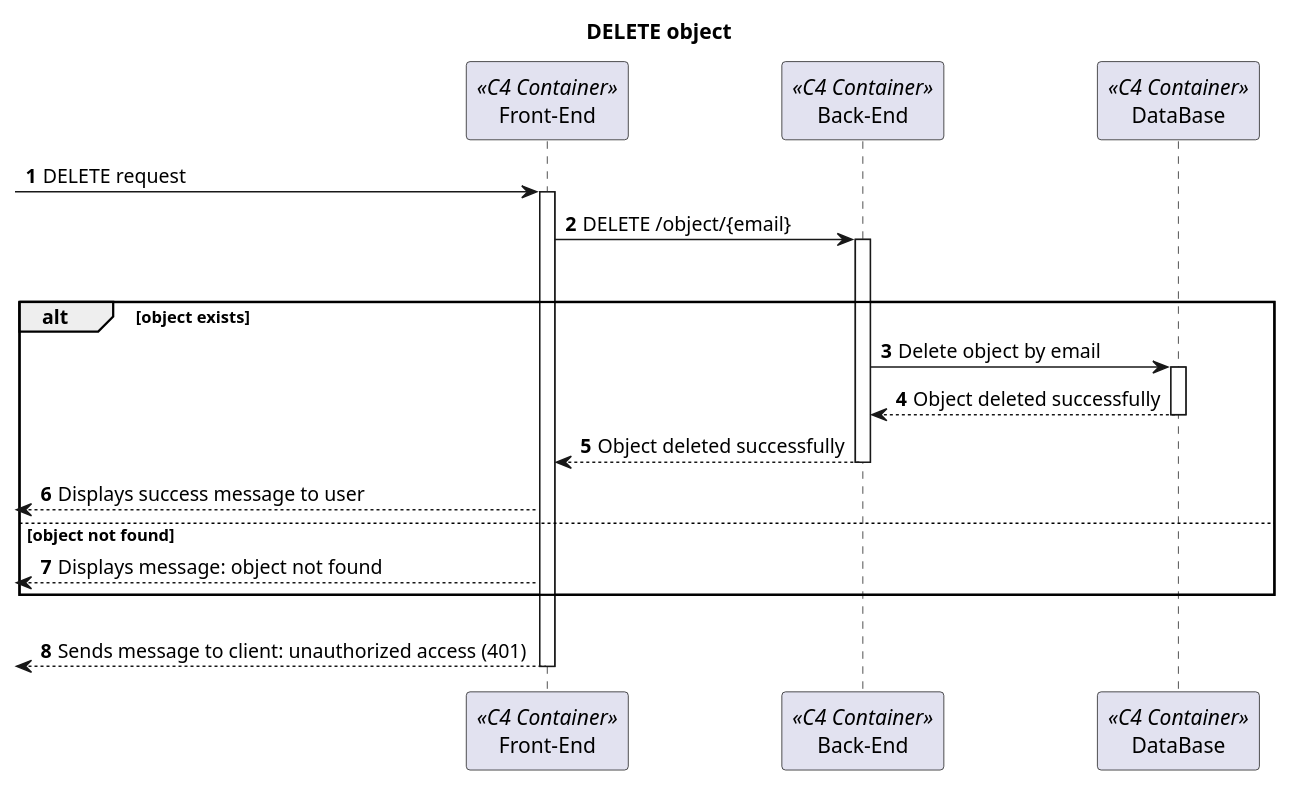
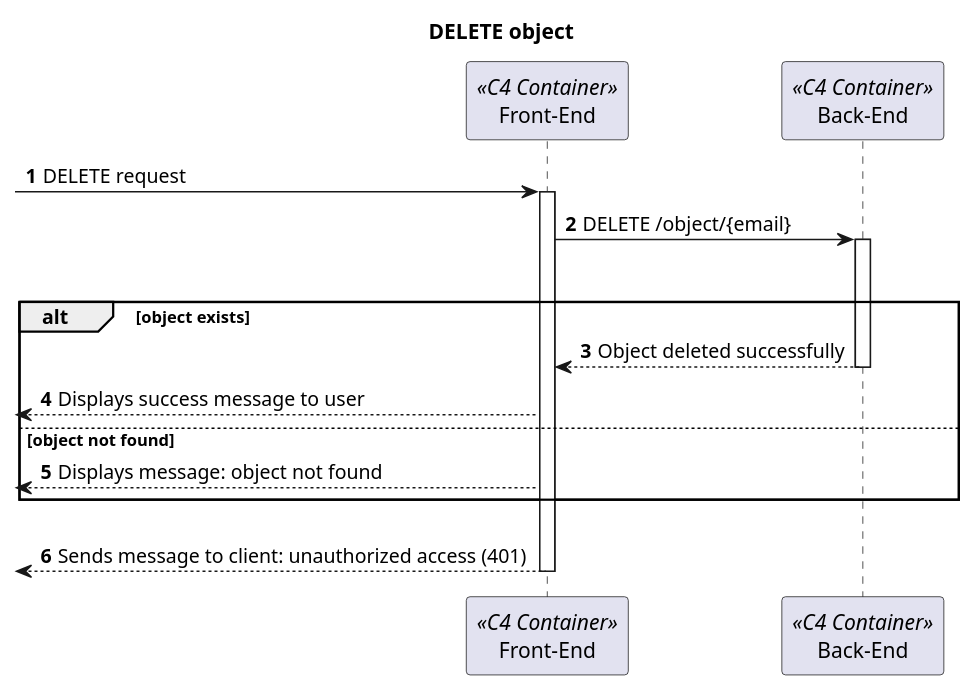
Before and after one commit to AlexandreRibeiro1220647/LAPR5_Backend: the diagram in docs/generic/lvl 2/genericDELETE.puml, drawn with PlantUML. The commit also changed 3 other files, not shown here.

Commit message:
Updated level 2 generic diagrams

```diff
--- a/docs/generic/lvl 2/genericDELETE.puml
+++ b/docs/generic/lvl 2/genericDELETE.puml
@@ -1,40 +1,33 @@
 @startuml Process View - Level 2
 
 autonumber
 skinparam packageStyle rect
 
 title DELETE object
 
 participant "Front-End" as FE <<C4 Container>>
 participant "Back-End" as BE <<C4 Container>>
-participant "DataBase" as DB <<C4 Container>>
 
 -> FE: DELETE request
 activate FE
 FE -> BE: DELETE /object/{email}
 activate BE
 alt user authorized
 
     alt object exists
-
-        BE -> DB: Delete object by email
-        activate DB
-        DB --> BE: Object deleted successfully
-        deactivate DB
-
         BE --> FE: Object deleted successfully
         deactivate BE
         <-- FE: Displays success message to user
     else object not found
          <-- FE: Displays message: object not found
     end
 
 else user unauthorized
      <-- FE: Sends message to client: unauthorized access (401)
 
 
 
 deactivate BE
 deactivate FE
 
 @enduml
```
